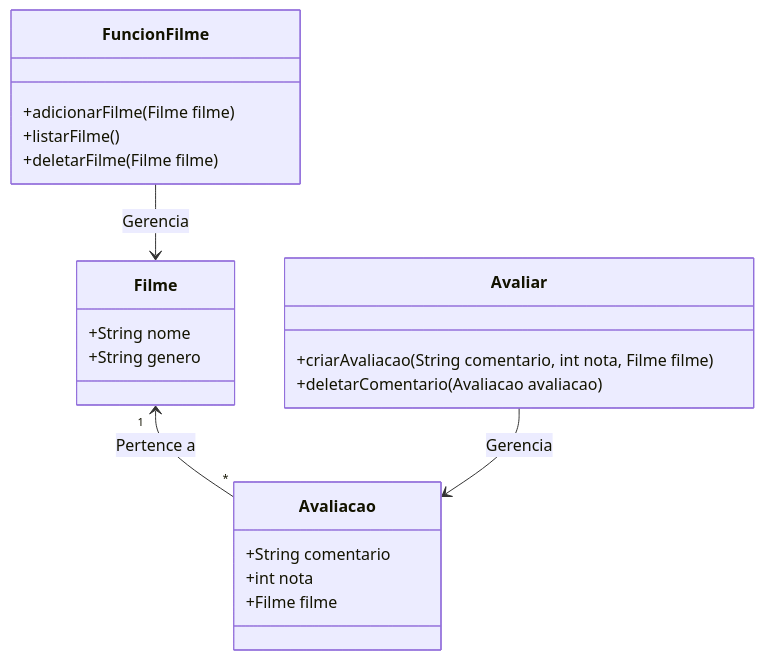
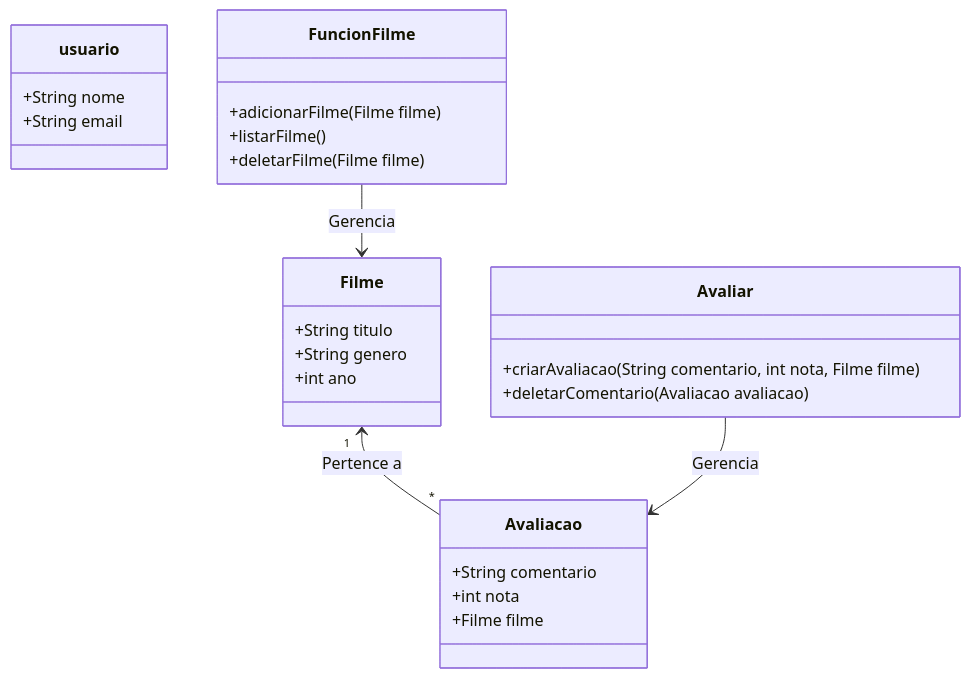
Before and after one commit to mariadalva25/cinelog: the diagram in README.md, drawn with Mermaid. The commit also changed other lines of this file and 1 other file, not shown here.

Commit message:
" Feat: Deploy  Frontend"

````diff
--- a/README.md
+++ b/README.md
@@ -16,31 +16,38 @@
 ```mermaid
+
 classDiagram
+class usuario {
+        +String nome
+        +String email
+    }
+
     class Filme {
-        +String nome
+        +String titulo
         +String genero
+        +int ano
     }
 
     class Avaliacao {
         +String comentario
         +int nota
         +Filme filme
     }
 
     class FuncionFilme {
         +adicionarFilme(Filme filme)
         +listarFilme()
         +deletarFilme(Filme filme)
     }
 
     class Avaliar {
         +criarAvaliacao(String comentario, int nota, Filme filme)
         +deletarComentario(Avaliacao avaliacao)
     }
 
     
     Filme "1" <-- "*" Avaliacao : Pertence a
     FuncionFilme --> Filme : Gerencia
     Avaliar --> Avaliacao : Gerencia
 
 
 ```
````
